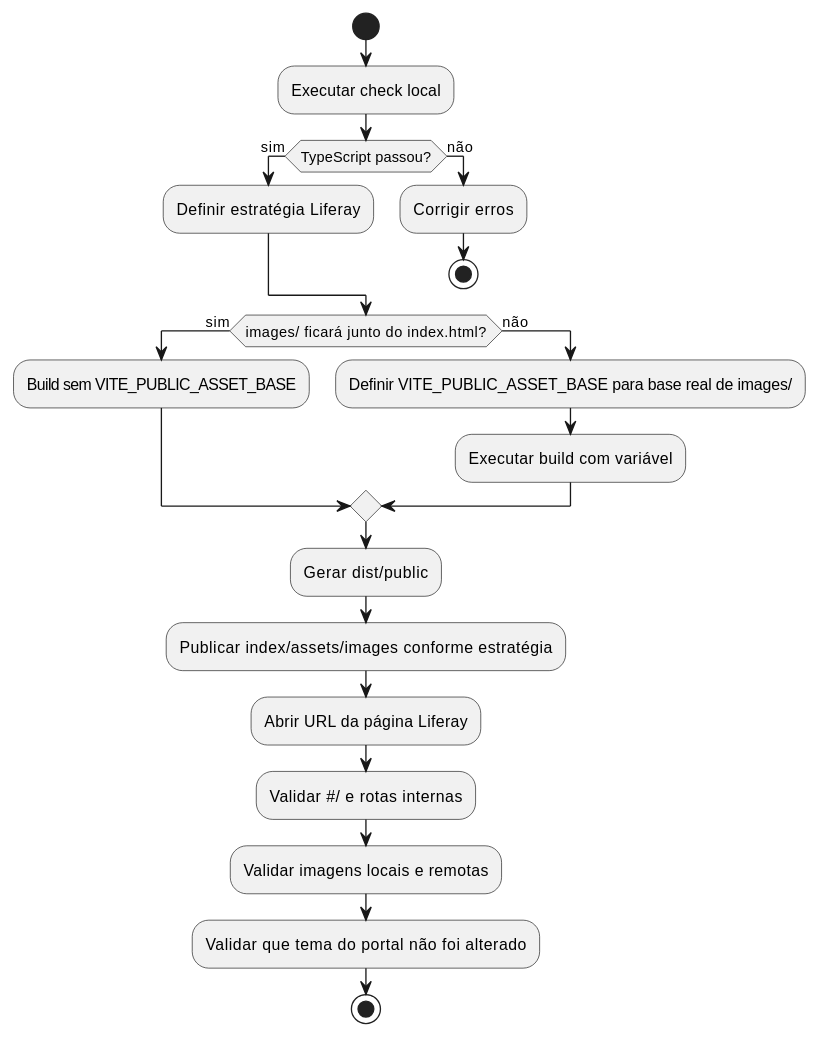
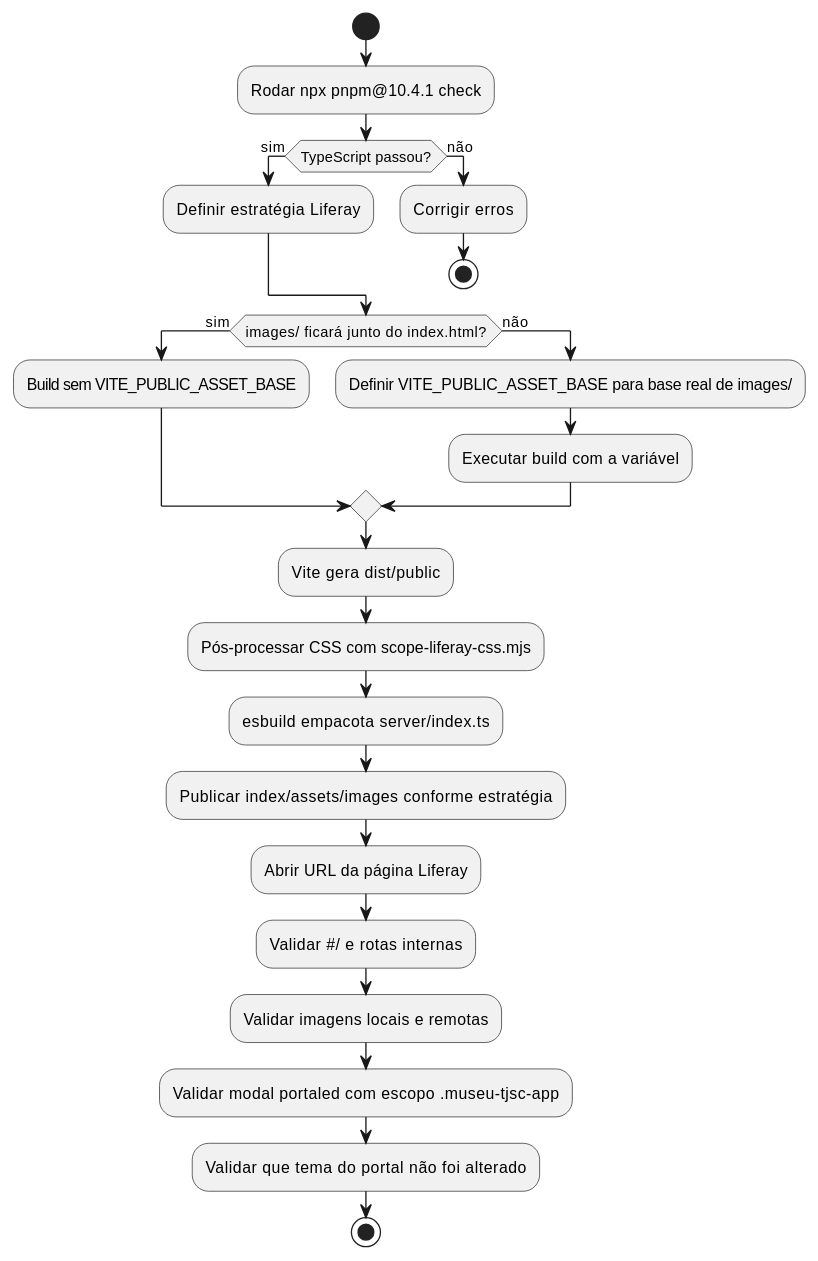
Diagram 11 of 13 in docs/arquitetura-uml.md (guilhermespamplona-prog/museu-tjsc), drawn with PlantUML before and after one commit. The commit also changed other lines of this file and 80 other files, not shown here.

````diff
--- a/docs/arquitetura-uml.md
+++ b/docs/arquitetura-uml.md
@@ -710,27 +738,30 @@
 ```plantuml
 @startuml
 start
-:Executar check local;
+:Rodar npx pnpm@10.4.1 check;
 if (TypeScript passou?) then (sim)
   :Definir estratégia Liferay;
 else (não)
   :Corrigir erros;
   stop
 endif
 
 if (images/ ficará junto do index.html?) then (sim)
   :Build sem VITE_PUBLIC_ASSET_BASE;
 else (não)
   :Definir VITE_PUBLIC_ASSET_BASE para base real de images/;
-  :Executar build com variável;
+  :Executar build com a variável;
 endif
 
-:Gerar dist/public;
+:Vite gera dist/public;
+:Pós-processar CSS com scope-liferay-css.mjs;
+:esbuild empacota server/index.ts;
 :Publicar index/assets/images conforme estratégia;
 :Abrir URL da página Liferay;
 :Validar #/ e rotas internas;
 :Validar imagens locais e remotas;
+:Validar modal portaled com escopo .museu-tjsc-app;
 :Validar que tema do portal não foi alterado;
 stop
 @enduml
 ```
````
